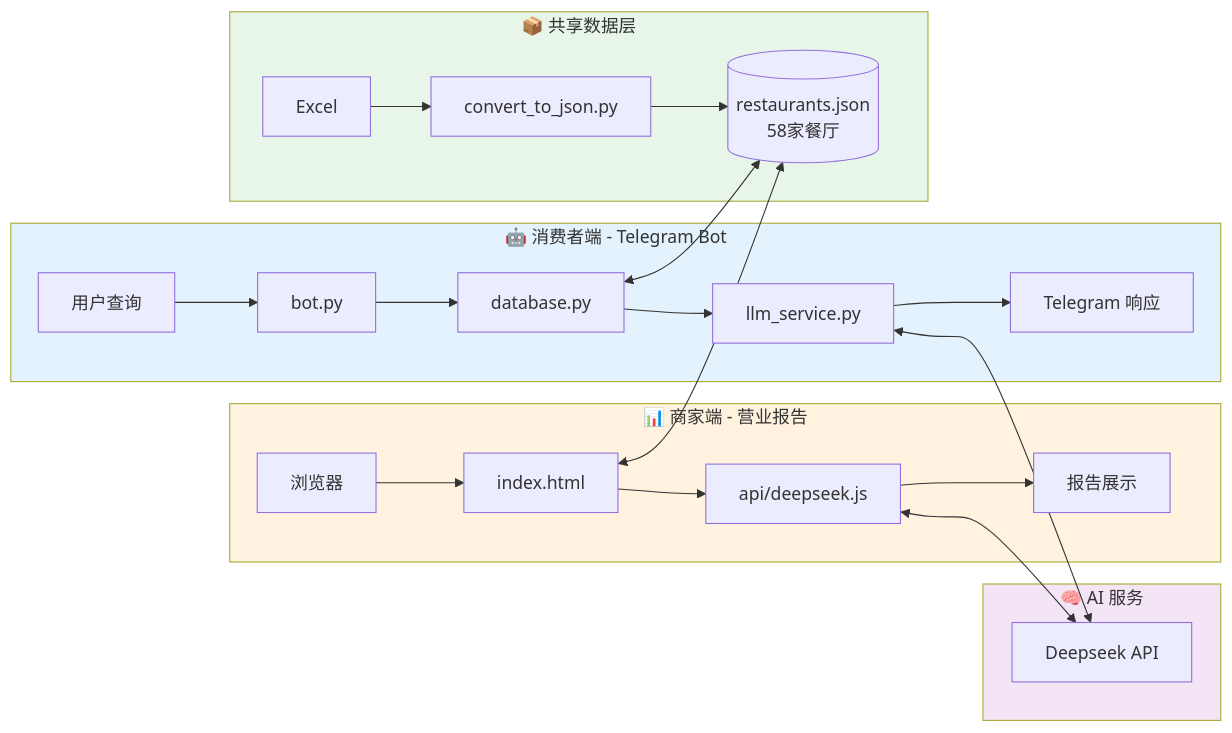
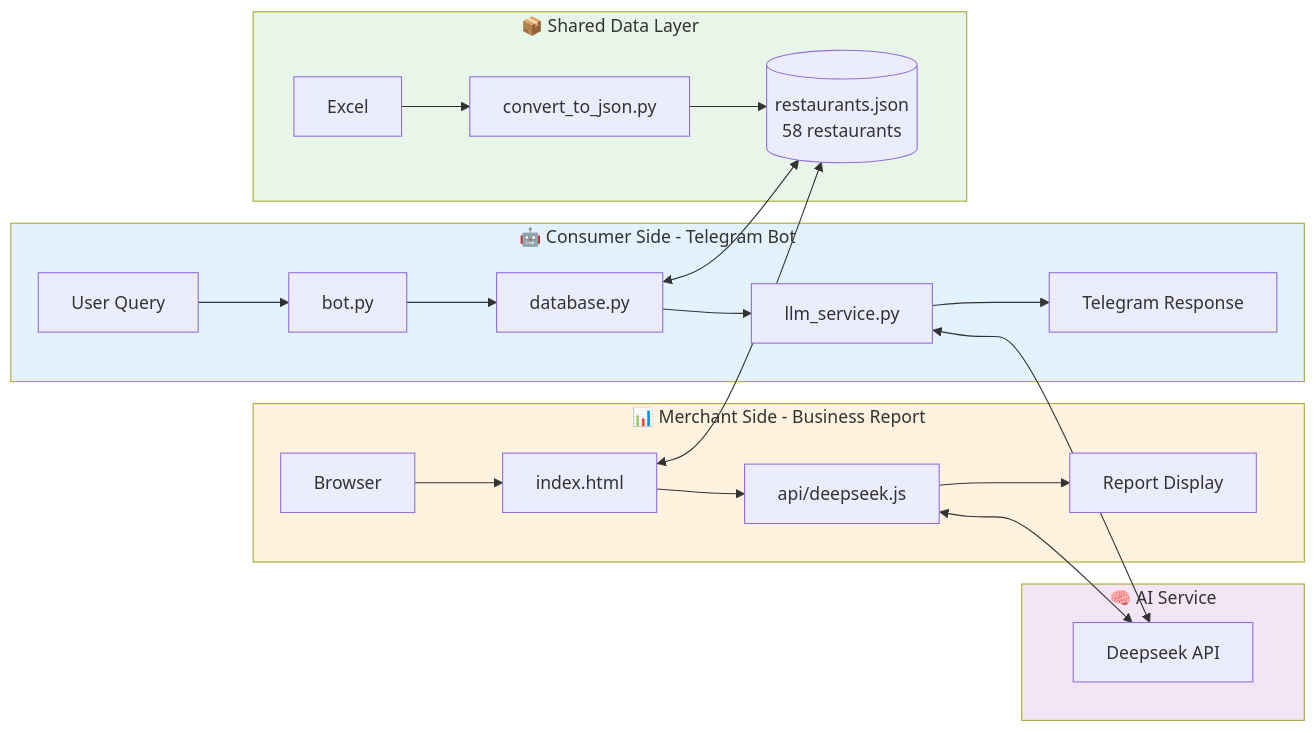
One commit to ehco233/Campus-Food-Recommendation changed the second of 6 diagrams in README.md. Above: the diagram before and after it, drawn with Mermaid. The commit also changed other lines of this file and 2 other files, not shown here.

````diff
--- a/README.md
+++ b/README.md
@@ -211,34 +212,34 @@
 ```mermaid
 graph LR
-    subgraph Consumer["🤖 消费者端 - Telegram Bot"]
-        U1[用户查询] --> B1[bot.py]
+    subgraph Consumer["🤖 Consumer Side - Telegram Bot"]
+        U1[User Query] --> B1[bot.py]
         B1 --> D1[database.py]
         D1 --> L1[llm_service.py]
-        L1 --> T1[Telegram 响应]
+        L1 --> T1[Telegram Response]
     end
 
-    subgraph Merchant["📊 商家端 - 营业报告"]
-        U2[浏览器] --> H1[index.html]
+    subgraph Merchant["📊 Merchant Side - Business Report"]
+        U2[Browser] --> H1[index.html]
         H1 --> A1[api/deepseek.js]
-        A1 --> R1[报告展示]
+        A1 --> R1[Report Display]
     end
 
-    subgraph Data["📦 共享数据层"]
+    subgraph Data["📦 Shared Data Layer"]
         E1[Excel] --> C1[convert_to_json.py]
-        C1 --> J1[(restaurants.json<br/>58家餐厅)]
+        C1 --> J1[(restaurants.json<br/>58 restaurants)]
     end
 
-    subgraph AI["🧠 AI 服务"]
+    subgraph AI["🧠 AI Service"]
         DS[Deepseek API]
     end
 
     D1 <--> J1
     H1 <--> J1
     L1 <--> DS
     A1 <--> DS
 
     style Consumer fill:#e3f2fd
     style Merchant fill:#fff3e0
     style Data fill:#e8f5e9
     style AI fill:#f3e5f5
 ```
````
